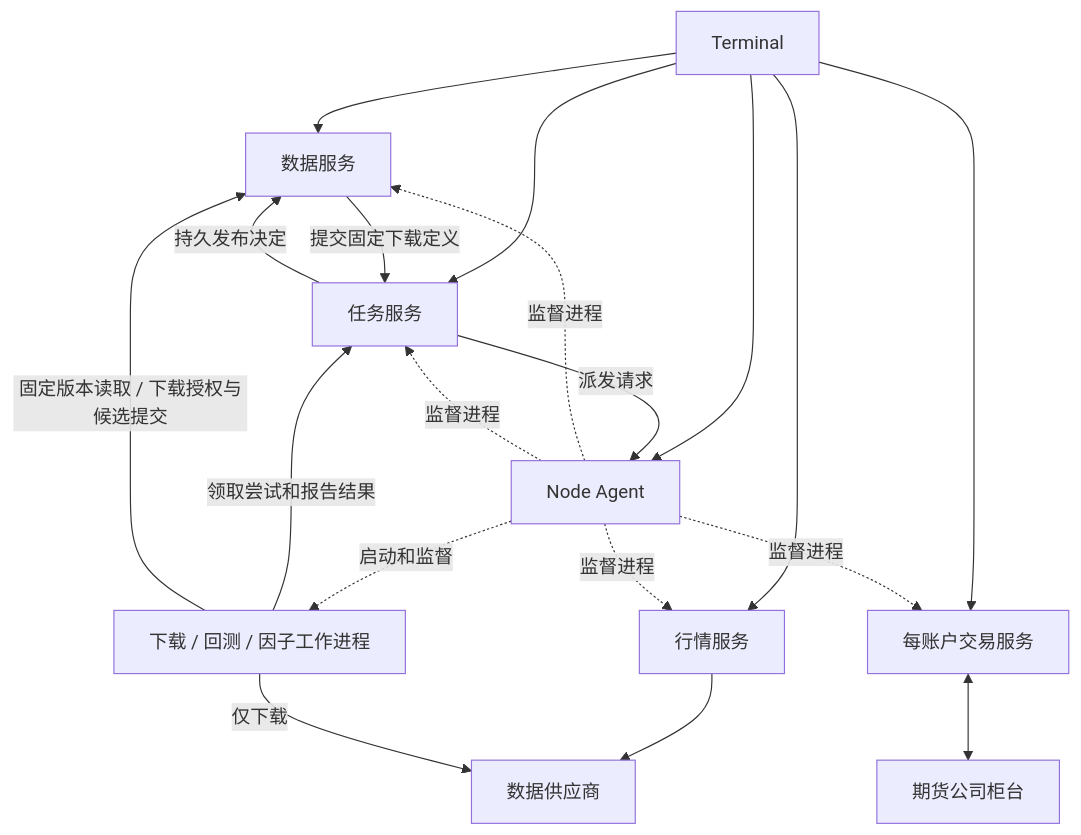
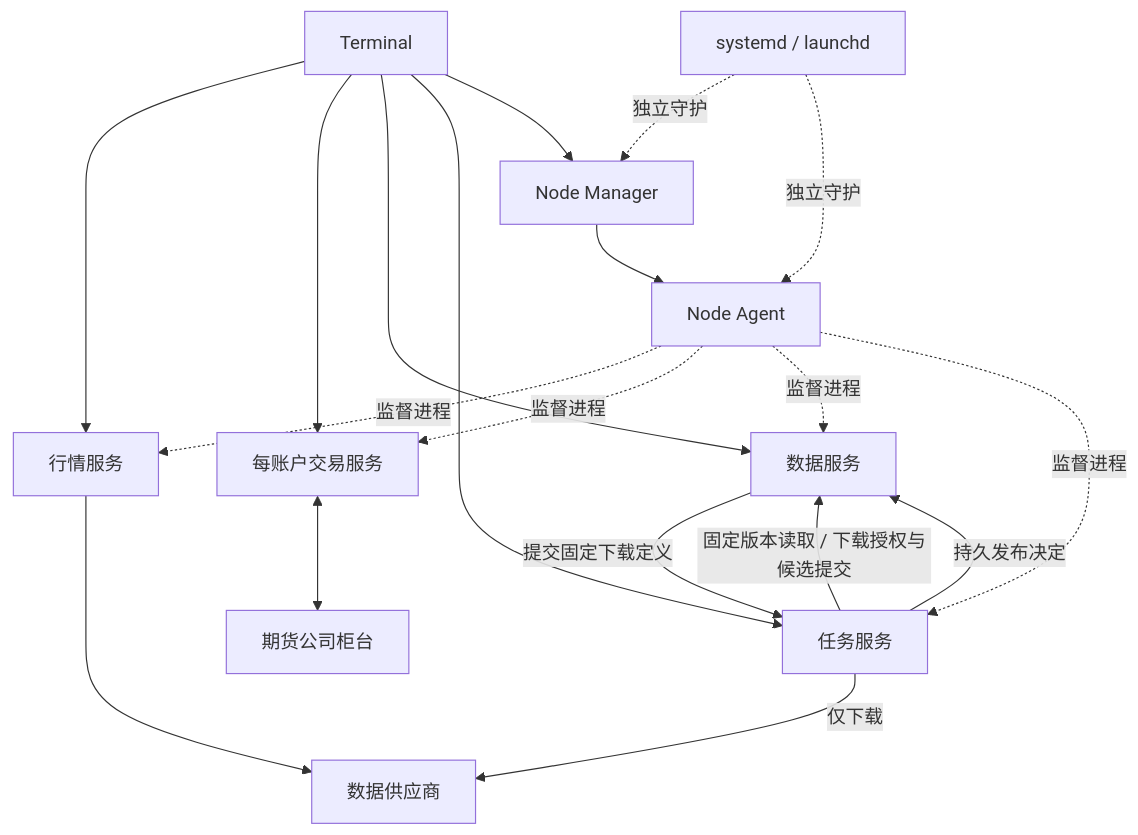
The second of 2 diagrams in docs/architecture.md (isqiwen/asterion-terminal), drawn with Mermaid before and after one commit. The commit also changed other lines of this file and 345 other files, not shown here.

````diff
--- a/docs/architecture.md
+++ b/docs/architecture.md
@@ -80,21 +139,21 @@
 ```mermaid
 flowchart TB
   Terminal[Terminal] --> Market[行情服务]
   Terminal --> Trading[每账户交易服务]
   Terminal --> Data[数据服务]
   Terminal --> Task[任务服务]
-  Terminal --> Agent[Node Agent]
+  Terminal --> Manager[Node Manager]
+  Manager --> Agent[Node Agent]
+  OS[systemd / launchd] -.独立守护.-> Manager
+  OS -.独立守护.-> Agent
   Agent -.监督进程.-> Market
   Agent -.监督进程.-> Trading
   Agent -.监督进程.-> Data
   Agent -.监督进程.-> Task
-  Agent -.启动和监督.-> Worker[下载 / 回测 / 因子工作进程]
   Data -->|提交固定下载定义| Task
-  Task -->|派发请求| Agent
-  Worker -->|领取尝试和报告结果| Task
-  Worker -->|固定版本读取 / 下载授权与候选提交| Data
+  Task -->|固定版本读取 / 下载授权与候选提交| Data
   Task -->|持久发布决定| Data
   Market --> Provider[数据供应商]
-  Worker -->|仅下载| Provider
+  Task -->|仅下载| Provider
   Trading <--> Broker[期货公司柜台]
 ```
````
